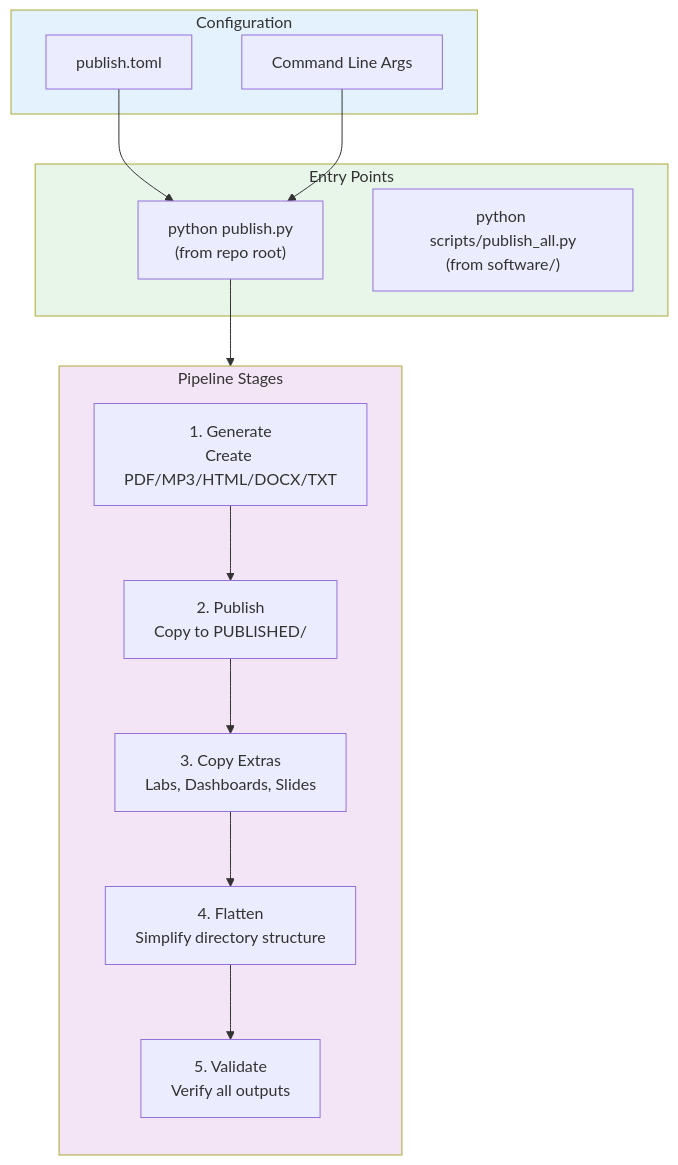
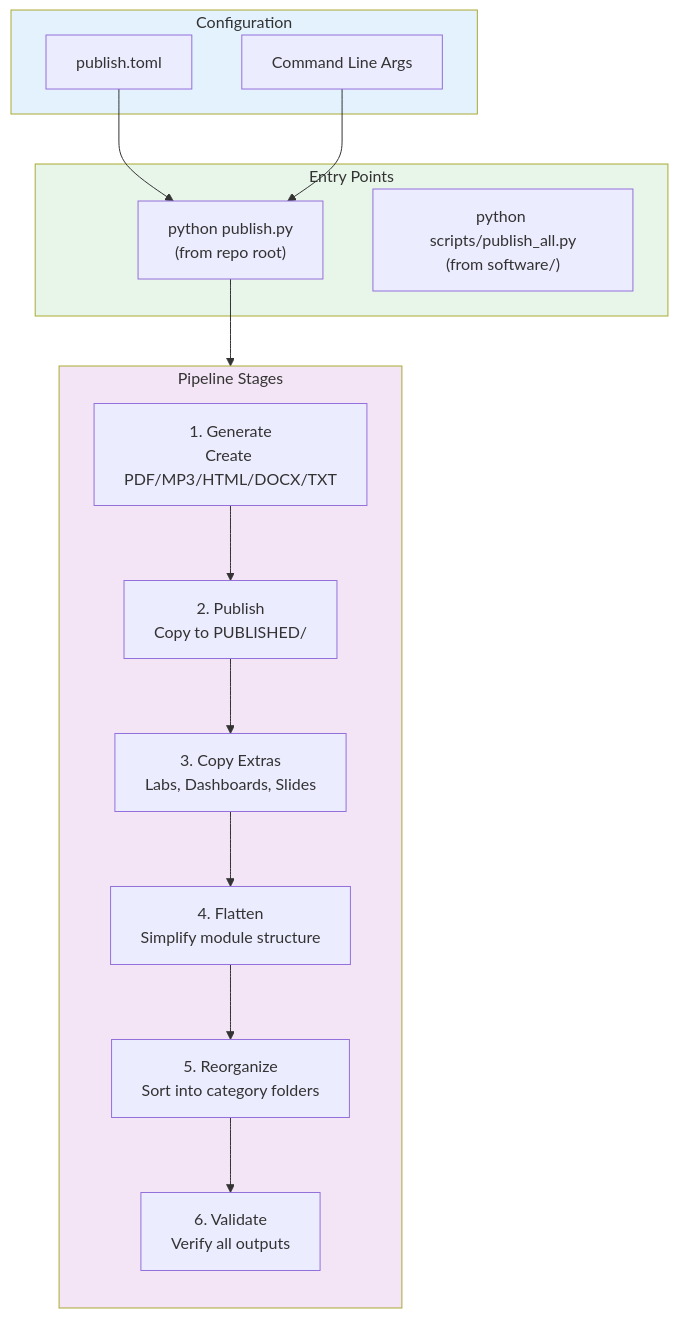
The second of 3 diagrams in HOW_IT_WORKS.md (docxology/biol-1), drawn with Mermaid before and after one commit. The commit also changed other lines of this file and 84 other files, not shown here.

````diff
--- a/HOW_IT_WORKS.md
+++ b/HOW_IT_WORKS.md
@@ -82,30 +82,31 @@
 ```mermaid
 flowchart TD
     subgraph CONFIG["Configuration"]
         TOML[publish.toml]
         CLI[Command Line Args]
     end
     
     subgraph PIPELINE["Pipeline Stages"]
         direction TB
         G[1. Generate<br/>Create PDF/MP3/HTML/DOCX/TXT]
         P[2. Publish<br/>Copy to PUBLISHED/]
         E[3. Copy Extras<br/>Labs, Dashboards, Slides]
-        F[4. Flatten<br/>Simplify directory structure]
-        V[5. Validate<br/>Verify all outputs]
+        F[4. Flatten<br/>Simplify module structure]
+        R[5. Reorganize<br/>Sort into category folders]
+        V[6. Validate<br/>Verify all outputs]
     end
     
     subgraph ENTRY["Entry Points"]
         PY["python publish.py<br/>(from repo root)"]
         PA["python scripts/publish_all.py<br/>(from software/)"]
     end
     
     TOML --> PY
     CLI --> PY
     PY --> G
-    G --> P --> E --> F --> V
+    G --> P --> E --> F --> R --> V
     
     style CONFIG fill:#e3f2fd
     style PIPELINE fill:#f3e5f5
     style ENTRY fill:#e8f5e9
 ```
````
